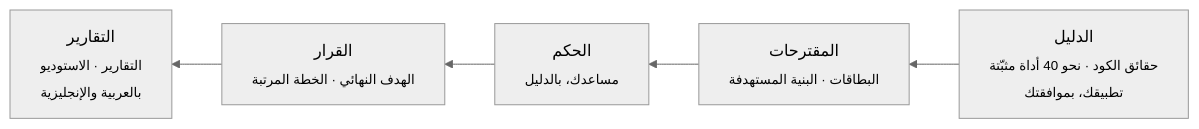
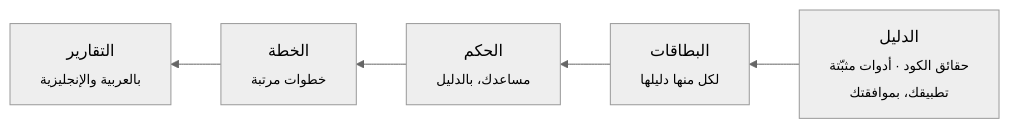
Before and after one commit to eom1417/engineering-audit-os: the diagram in README.ar.md, drawn with Mermaid (neutral theme). The commit also changed other lines of this file and 33 other files, not shown here.

````diff
--- a/README.ar.md
+++ b/README.ar.md
@@ -149,7 +117,7 @@
 ```mermaid
 flowchart RL
-  A["الدليل<br/><sub>حقائق الكود · نحو 40 أداة مثبّتة<br/>تطبيقك، بموافقتك</sub>"] --> B["المقترحات<br/><sub>البطاقات · البنية المستهدفة</sub>"]
+  A["الدليل<br/><sub>حقائق الكود · أدوات مثبّتة<br/>تطبيقك، بموافقتك</sub>"] --> B["البطاقات<br/><sub>لكل منها دليلها</sub>"]
   B --> C["الحكم<br/><sub>مساعدك، بالدليل</sub>"]
-  C --> D["القرار<br/><sub>الهدف النهائي · الخطة المرتبة</sub>"]
-  D --> E["التقارير<br/><sub>التقارير · الاستوديو<br/>بالعربية والإنجليزية</sub>"]
+  C --> D["الخطة<br/><sub>خطوات مرتبة</sub>"]
+  D --> E["التقارير<br/><sub>بالعربية والإنجليزية</sub>"]
 ```
````
